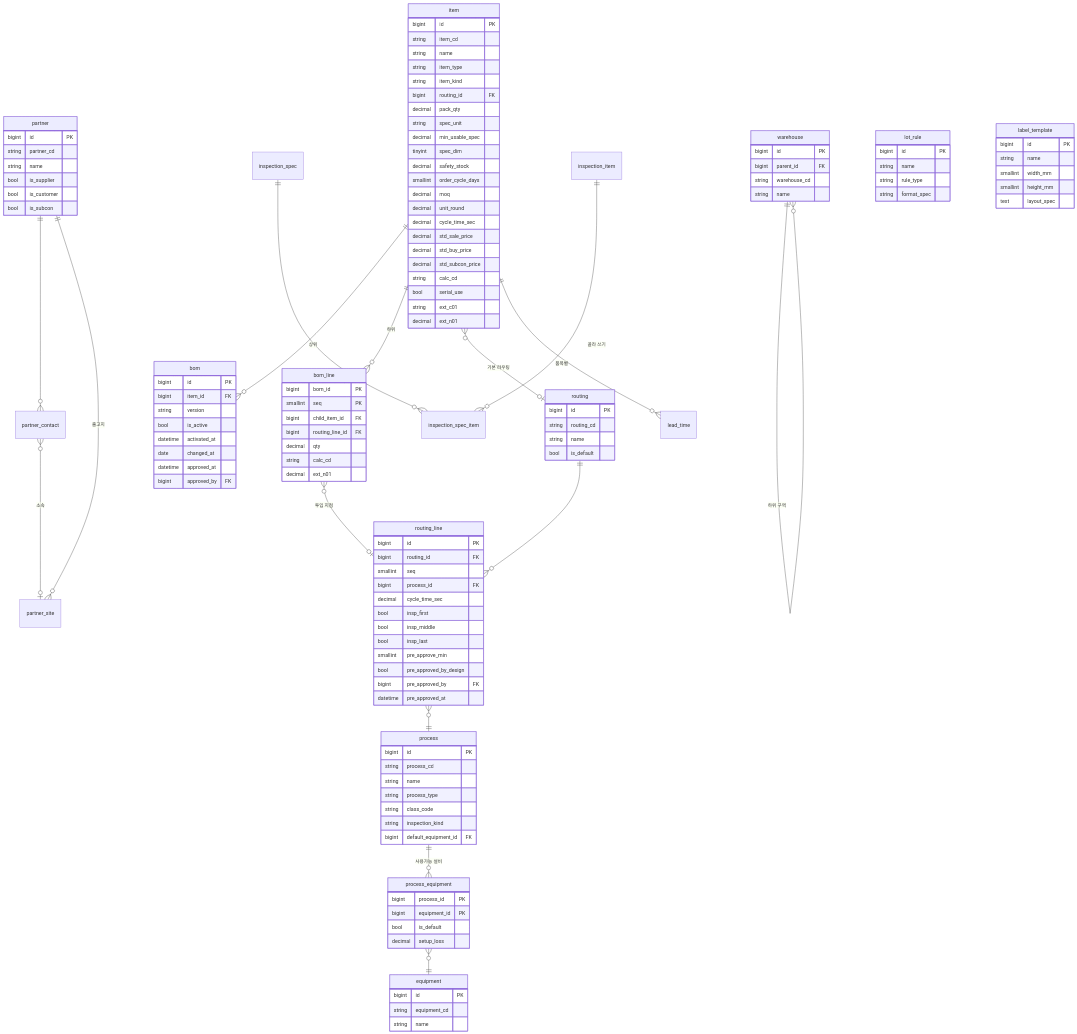
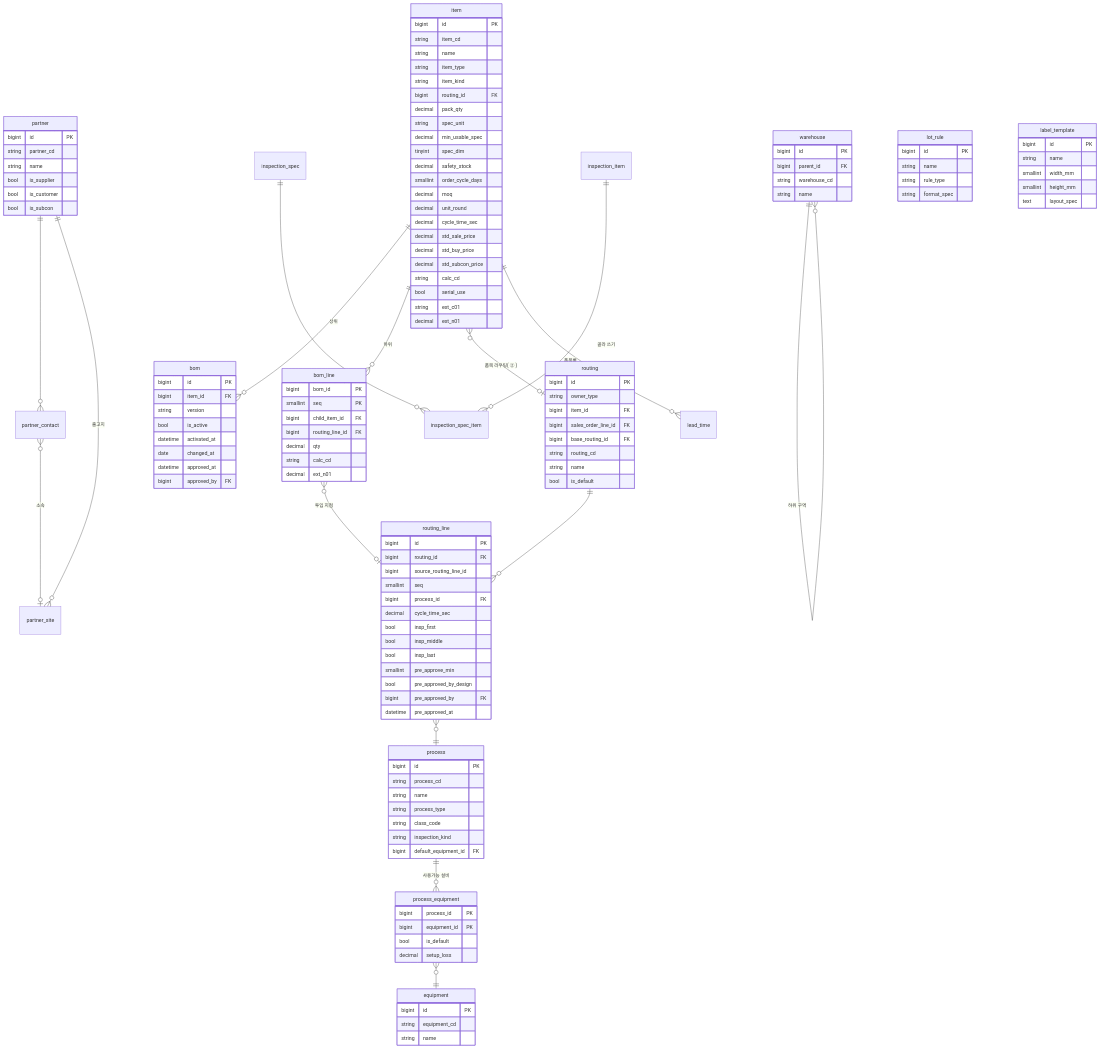
Before and after one commit to kuhyeun/Laravel_ckh: the fourth of 8 diagrams in docs/ERD.md, drawn with Mermaid. The commit also changed other lines of this file and 38 other files, not shown here.

```diff
--- a/docs/ERD.md
+++ b/docs/ERD.md
@@ -259,7 +259,7 @@
   partner ||--o{ partner_site : "출고지"
   item ||--o{ bom : "상위"
   item ||--o{ bom_line : "하위"
-  item }o--o| routing : "기본 라우팅"
+  item }o--o| routing : "품목 라우팅( ② )"
   routing ||--o{ routing_line : ""
   routing_line }o--|| process : ""
   process ||--o{ process_equipment : "사용가능 설비"
@@ -339,6 +339,10 @@
   }
   routing {
     bigint id PK
+    string owner_type
+    bigint item_id FK
+    bigint sales_order_line_id FK
+    bigint base_routing_id FK
     string routing_cd
     string name
     bool is_default
@@ -346,6 +350,7 @@
   routing_line {
     bigint id PK
     bigint routing_id FK
+    bigint source_routing_line_id
     smallint seq
     bigint process_id FK
     decimal cycle_time_sec
```
